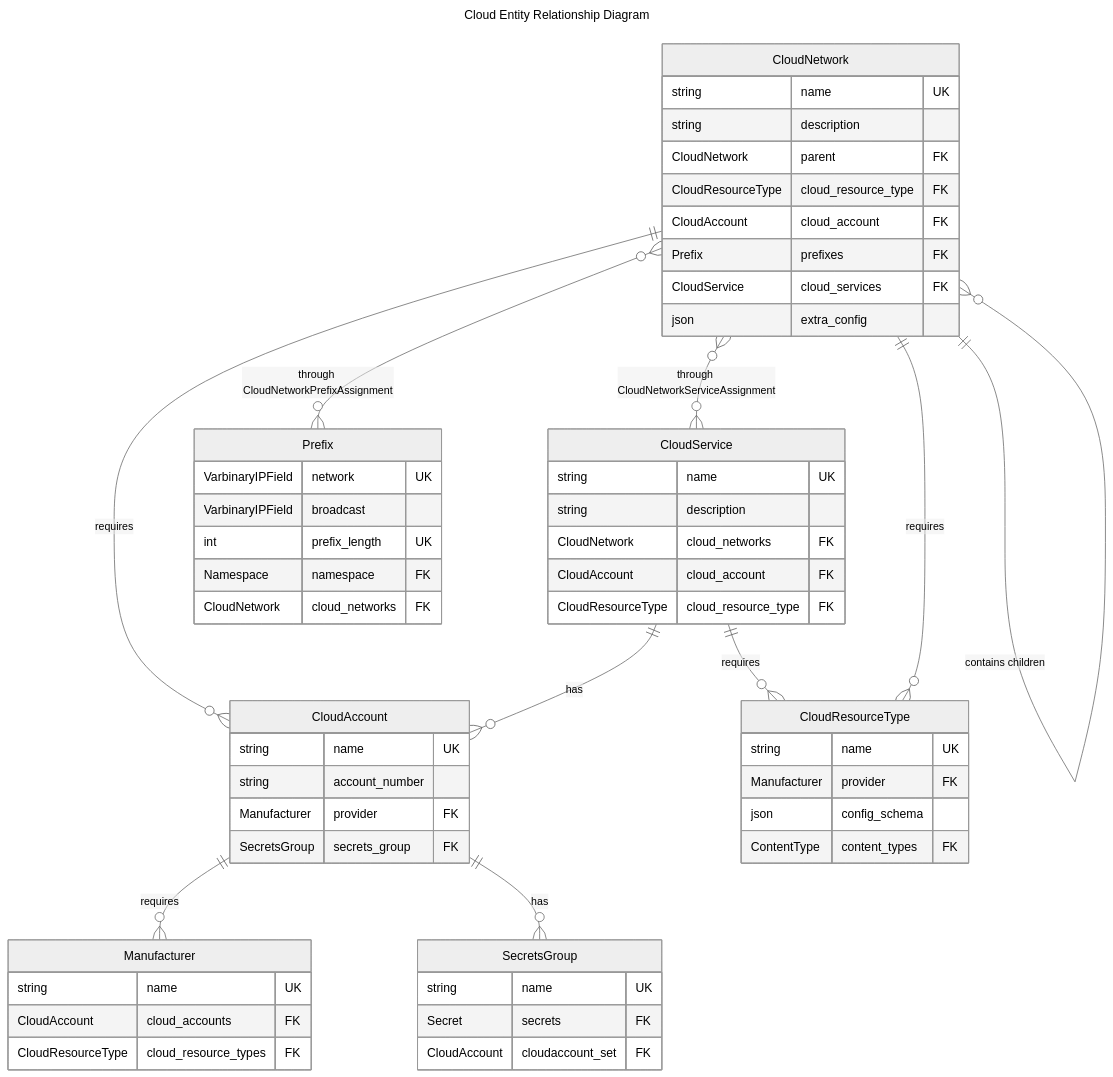
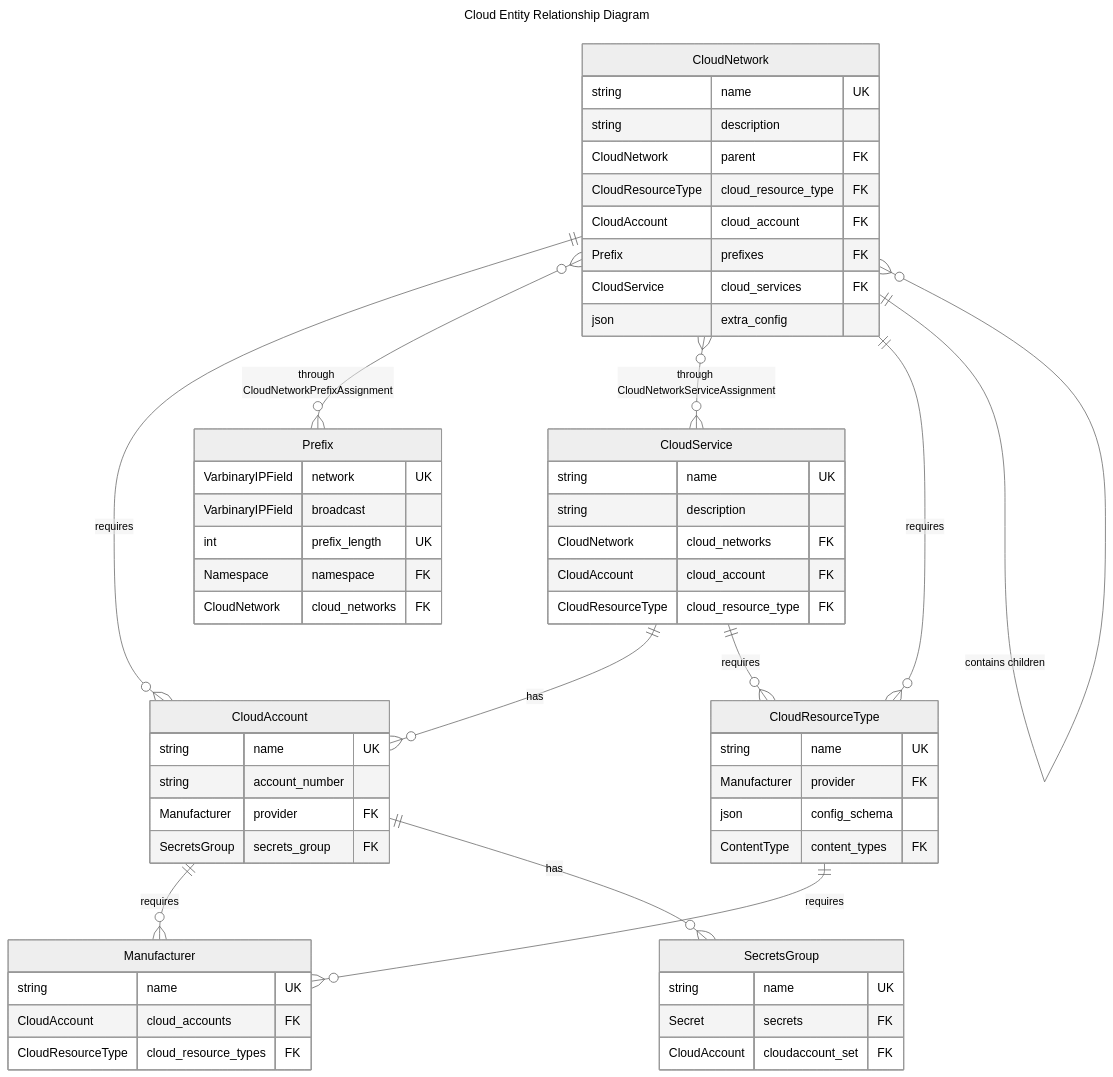
One commit to nautobot/nautobot changed the diagram in nautobot/docs/user-guide/core-data-model/cloud/cloud.md. Above: the diagram before and after it, drawn with Mermaid (neutral theme).

Commit message:
Add link between CloudResourceType and Manufacturer

````diff
--- a/nautobot/docs/user-guide/core-data-model/cloud/cloud.md
+++ b/nautobot/docs/user-guide/core-data-model/cloud/cloud.md
@@ -60,70 +60,72 @@
 ```mermaid
 ---
 title: Cloud Entity Relationship Diagram
 ---
 erDiagram
     CloudAccount {
         string name UK
         string account_number
         Manufacturer provider FK
         SecretsGroup secrets_group FK
     }
 
     CloudNetwork {
         string name UK
         string description
         CloudNetwork parent FK
         CloudResourceType cloud_resource_type FK
         CloudAccount cloud_account FK
         Prefix prefixes FK
         CloudService cloud_services FK
         json extra_config
     }
 
     CloudResourceType {
         string name UK
         Manufacturer provider FK
         json config_schema
         ContentType content_types FK
     }
 
     CloudService {
         string name UK
         string description
         CloudNetwork cloud_networks FK
         CloudAccount cloud_account FK
         CloudResourceType cloud_resource_type FK
     }
 
     Manufacturer {
         string name UK
         CloudAccount cloud_accounts FK
         CloudResourceType cloud_resource_types FK
     }
 
     Prefix {
         VarbinaryIPField network UK
         VarbinaryIPField broadcast
         int prefix_length UK
         Namespace namespace FK
         CloudNetwork cloud_networks FK
     }
 
     SecretsGroup {
         string name UK
         Secret secrets FK
         CloudAccount cloudaccount_set FK
     }
 
     CloudAccount ||--o{ Manufacturer : requires
     CloudAccount ||--o{ SecretsGroup : has
 
     CloudNetwork ||--o{ CloudAccount : requires
     CloudNetwork }o--o{ Prefix : "through CloudNetworkPrefixAssignment"
     CloudNetwork }o--o{ CloudService : "through CloudNetworkServiceAssignment"
     CloudNetwork ||--o{ CloudResourceType : requires
     CloudNetwork ||--o{ CloudNetwork : "contains children"
 
+    CloudResourceType ||--o{ Manufacturer : requires
+
     CloudService ||--o{ CloudAccount : has
     CloudService ||--o{ CloudResourceType : requires
 ```
````
